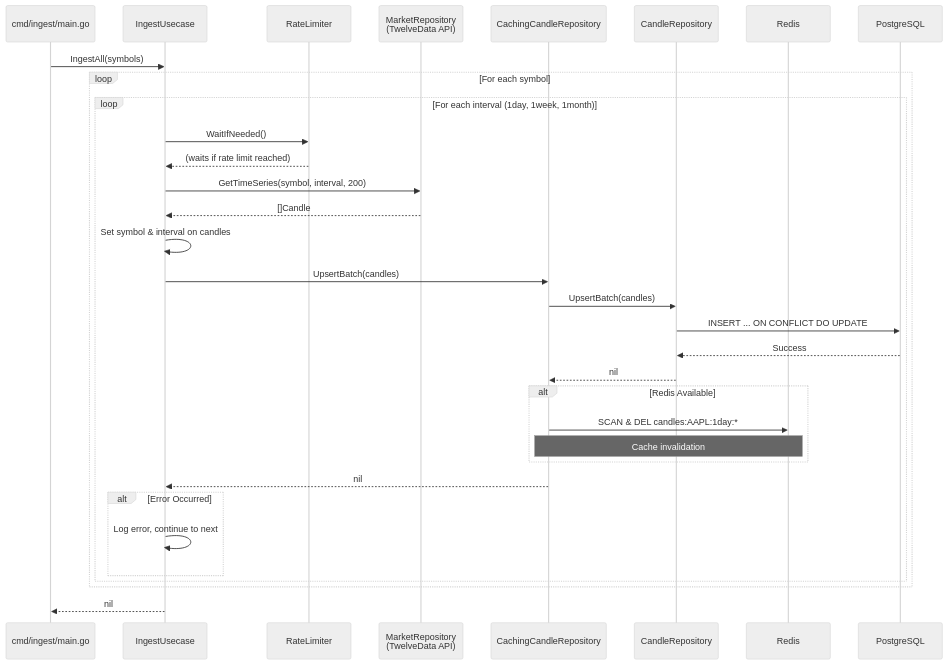
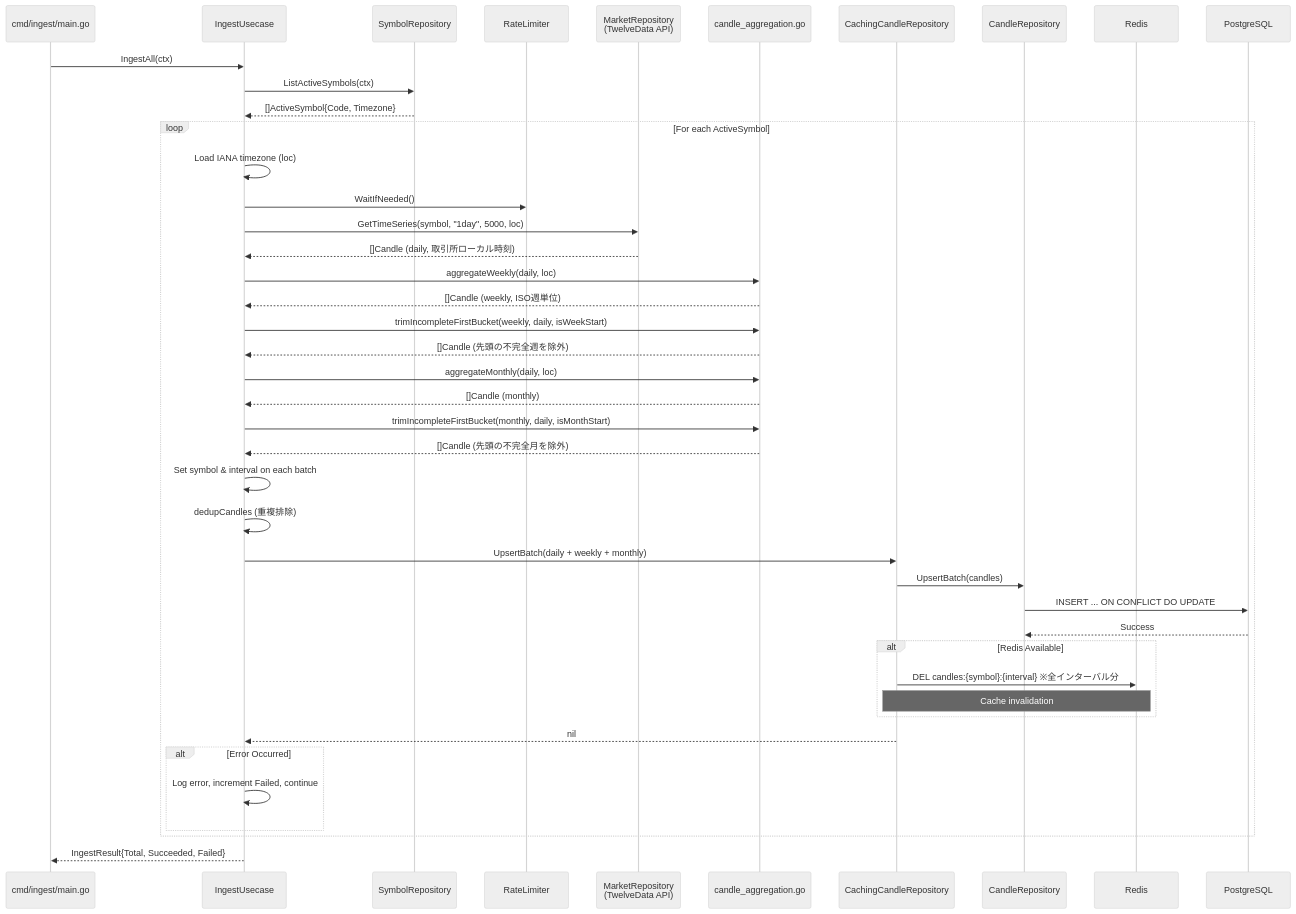
Before and after one commit to UCHIDAnobuhiro/stock_backend: the second of 3 diagrams in internal/feature/candles/README.md, drawn with Mermaid (neutral theme). The commit also changed other lines of this file and 2 other files, not shown here.

Commit message:
docs: feature README をコードと同期
auth・candles・symbollist の README をコードの実装と乖離していたため更新。

- auth: OAuth2（Google/GitHub）の機能・シーケンス図・API仕様・依存関係・環境変数を追記。ログイン/ログアウトのシーケンス図で `=;` パターンを除去し Mermaid のパースエラーを解消
- candles: 日足のみ取得して週足/月足をサーバー内で集計するフローに修正し、candle_aggregation.go の説明を追加
- symbollist: 存在しない `SortKey` を削除、Timezone/LogoURL 等のフィールドを追記、レスポンス例に logo_url を反映、LogoIngestUsecase と LogoSymbolRepository を追記

````diff
--- a/internal/feature/candles/README.md
+++ b/internal/feature/candles/README.md
@@ -65,43 +67,54 @@
 ```mermaid
 sequenceDiagram
     participant Main as cmd/ingest/main.go
     participant Usecase as IngestUsecase
+    participant SymbolRepo as SymbolRepository
     participant RateLimiter
     participant Market as MarketRepository<br/>(TwelveData API)
+    participant Aggregation as candle_aggregation.go
     participant Cache as CachingCandleRepository
     participant Repository as CandleRepository
     participant Redis
     participant DB as PostgreSQL
 
-    Main->>Usecase: IngestAll(symbols)
+    Main->>Usecase: IngestAll(ctx)
+    Usecase->>SymbolRepo: ListActiveSymbols(ctx)
+    SymbolRepo-->>Usecase: []ActiveSymbol{Code, Timezone}
 
-    loop For each symbol
-        loop For each interval (1day, 1week, 1month)
-            Usecase->>RateLimiter: WaitIfNeeded()
-            RateLimiter-->>Usecase: (waits if rate limit reached)
+    loop For each ActiveSymbol
+        Usecase->>Usecase: Load IANA timezone (loc)
+        Usecase->>RateLimiter: WaitIfNeeded()
+        Usecase->>Market: GetTimeSeries(symbol, "1day", 5000, loc)
+        Market-->>Usecase: []Candle (daily, 取引所ローカル時刻)
 
-            Usecase->>Market: GetTimeSeries(symbol, interval, 200)
-            Market-->>Usecase: []Candle
+        Usecase->>Aggregation: aggregateWeekly(daily, loc)
+        Aggregation-->>Usecase: []Candle (weekly, ISO週単位)
+        Usecase->>Aggregation: trimIncompleteFirstBucket(weekly, daily, isWeekStart)
+        Aggregation-->>Usecase: []Candle (先頭の不完全週を除外)
 
-            Usecase->>Usecase: Set symbol & interval on candles
-            Usecase->>Cache: UpsertBatch(candles)
-            Cache->>Repository: UpsertBatch(candles)
-            Repository->>DB: INSERT ... ON CONFLICT DO UPDATE
-            DB-->>Repository: Success
-            Repository-->>Cache: nil
+        Usecase->>Aggregation: aggregateMonthly(daily, loc)
+        Aggregation-->>Usecase: []Candle (monthly)
+        Usecase->>Aggregation: trimIncompleteFirstBucket(monthly, daily, isMonthStart)
+        Aggregation-->>Usecase: []Candle (先頭の不完全月を除外)
 
-            alt Redis Available
-                Cache->>Redis: SCAN & DEL candles:AAPL:1day:*
-                Note over Cache,Redis: Cache invalidation
-            end
+        Usecase->>Usecase: Set symbol & interval on each batch
+        Usecase->>Usecase: dedupCandles (重複排除)
+        Usecase->>Cache: UpsertBatch(daily + weekly + monthly)
+        Cache->>Repository: UpsertBatch(candles)
+        Repository->>DB: INSERT ... ON CONFLICT DO UPDATE
+        DB-->>Repository: Success
 
-            Cache-->>Usecase: nil
+        alt Redis Available
+            Cache->>Redis: DEL candles:{symbol}:{interval} ※全インターバル分
+            Note over Cache,Redis: Cache invalidation
+        end
 
-            alt Error Occurred
-                Usecase->>Usecase: Log error, continue to next
-            end
+        Cache-->>Usecase: nil
+
+        alt Error Occurred
+            Usecase->>Usecase: Log error, increment Failed, continue
         end
     end
 
-    Usecase-->>Main: nil
+    Usecase-->>Main: IngestResult{Total, Succeeded, Failed}
 ```
````
